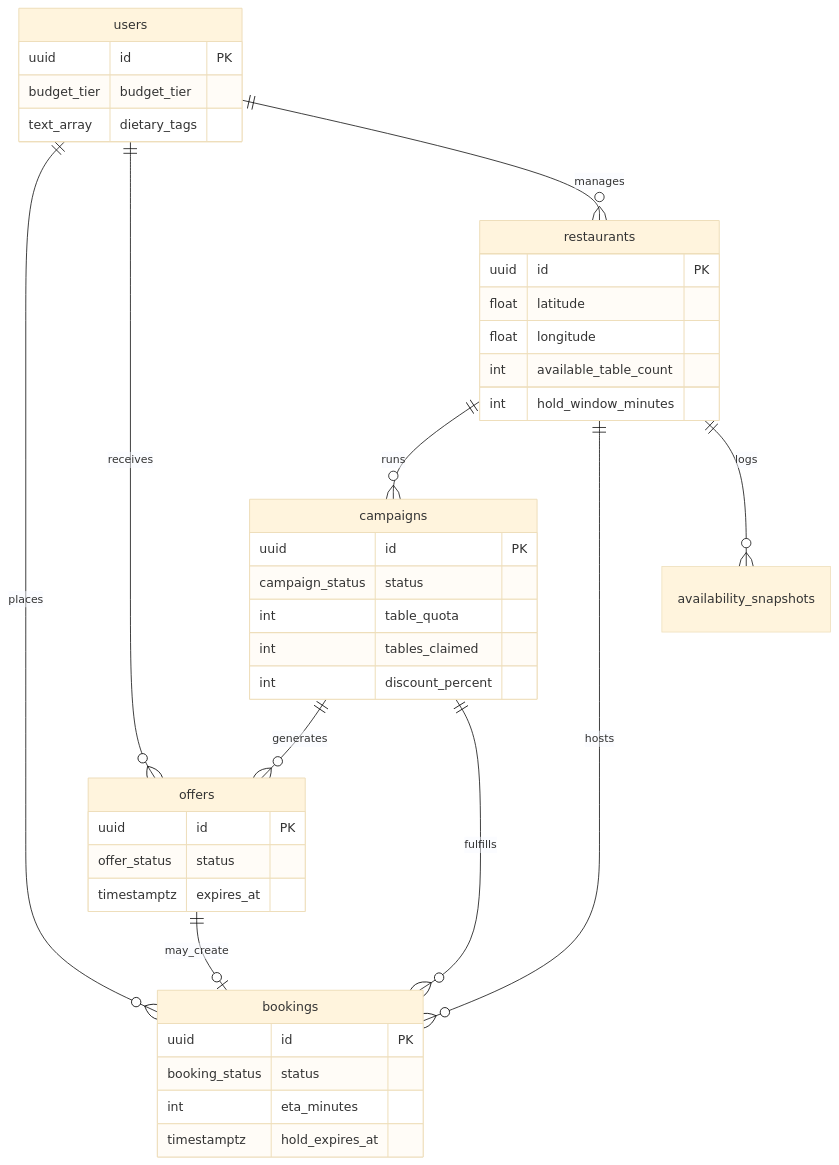
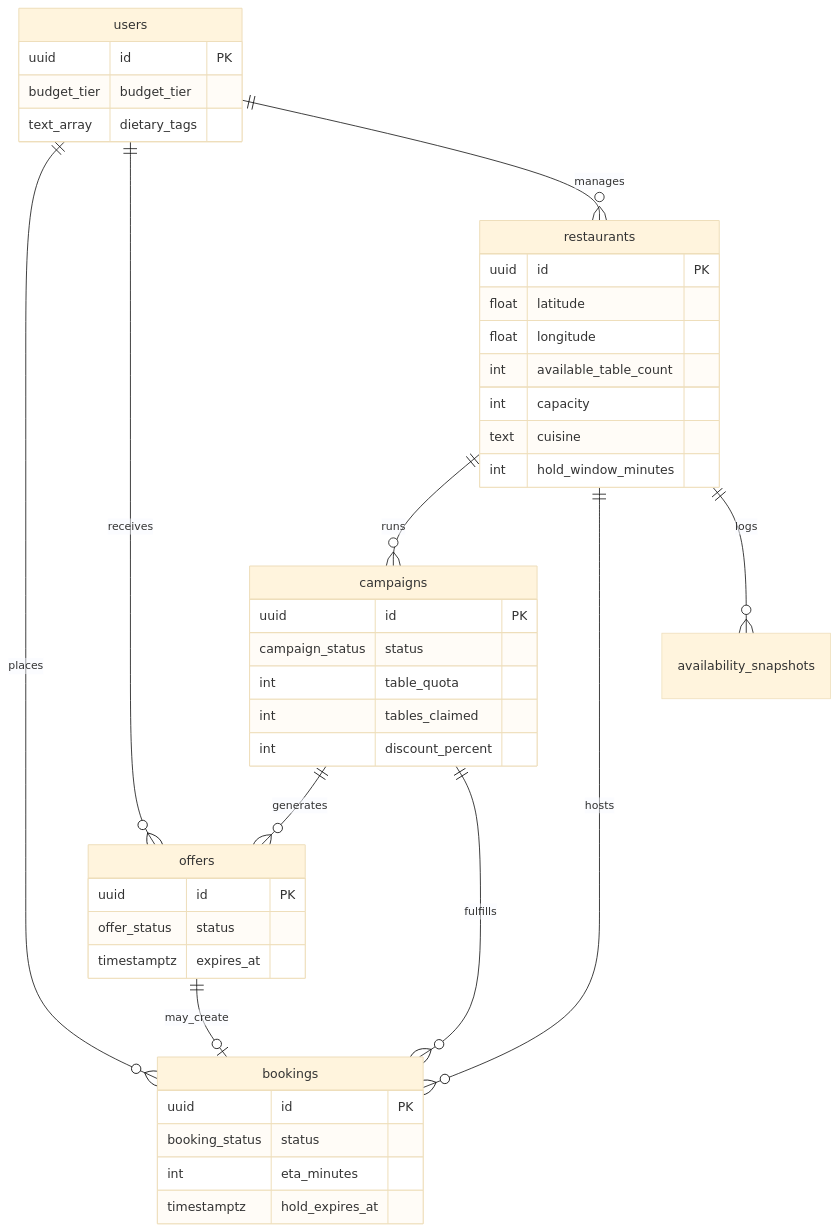
Before and after one commit to chukwuemekanwoke-jpg/comp47360-team2: the diagram in database/schema.md, drawn with Mermaid (base theme). The commit also changed other lines of this file and 7 other files, not shown here.

Commit message:
Add restaurants.capacity and restaurants.cuisine columns Migration 003 adds table capacity ceiling and primary cuisine slug, updates demo seed, multi-migration runner, and API serialization.

````diff
--- a/database/schema.md
+++ b/database/schema.md
@@ -7,47 +7,49 @@
 ```mermaid
 erDiagram
   users ||--o{ bookings : places
   users ||--o{ offers : receives
   users ||--o{ restaurants : manages
   restaurants ||--o{ campaigns : runs
   restaurants ||--o{ bookings : hosts
   restaurants ||--o{ availability_snapshots : logs
   campaigns ||--o{ offers : generates
   campaigns ||--o{ bookings : fulfills
   offers ||--o| bookings : may_create
 
   users {
     uuid id PK
     budget_tier budget_tier
     text_array dietary_tags
   }
 
   restaurants {
     uuid id PK
     float latitude
     float longitude
     int available_table_count
+    int capacity
+    text cuisine
     int hold_window_minutes
   }
 
   campaigns {
     uuid id PK
     campaign_status status
     int table_quota
     int tables_claimed
     int discount_percent
   }
 
   offers {
     uuid id PK
     offer_status status
     timestamptz expires_at
   }
 
   bookings {
     uuid id PK
     booking_status status
     int eta_minutes
     timestamptz hold_expires_at
   }
 ```
````
